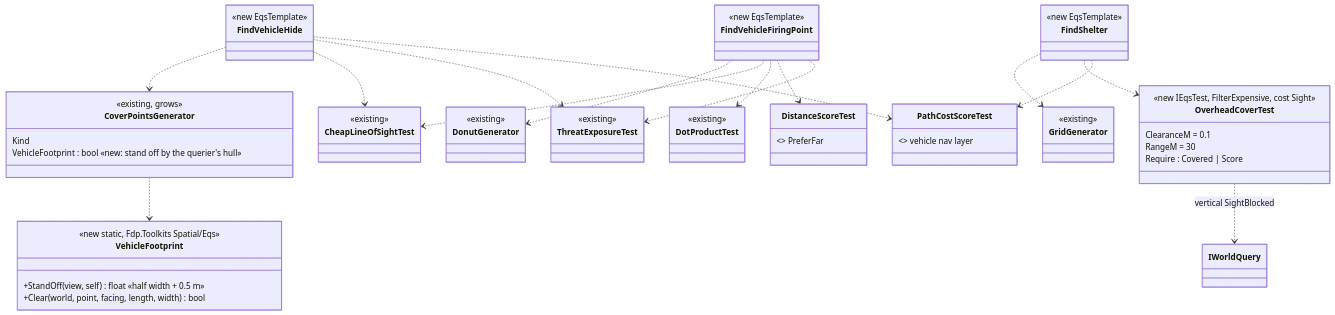
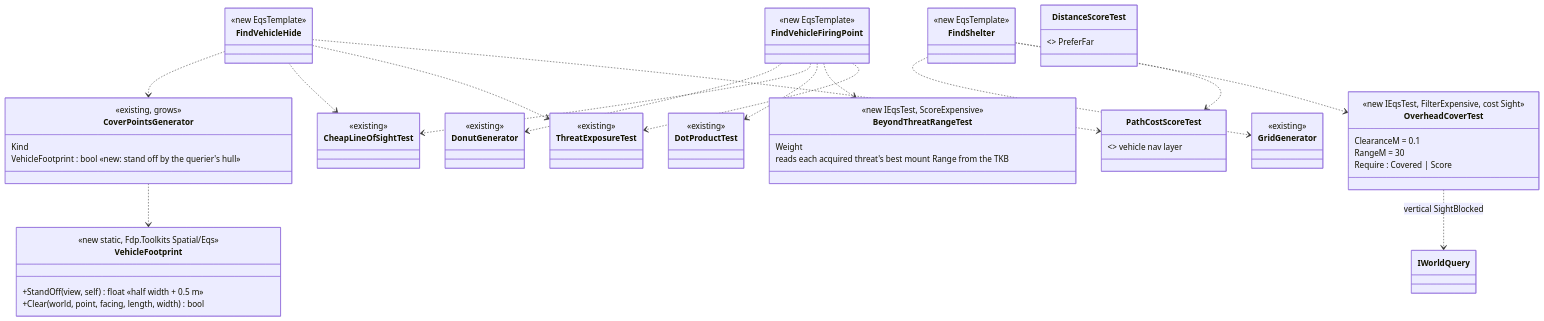
Before and after one commit to pjanec/HROT: the second of 7 diagrams in docs/designs/vehicle-tactics/DESIGN_Vehicle_Exposure_Cycle.md, drawn with Mermaid. The commit also changed other lines of this file and 9 other files, not shown here.

````diff
--- a/docs/designs/vehicle-tactics/DESIGN_Vehicle_Exposure_Cycle.md
+++ b/docs/designs/vehicle-tactics/DESIGN_Vehicle_Exposure_Cycle.md
@@ -88,43 +89,48 @@
 ```mermaid
 classDiagram
   class CoverPointsGenerator {
     <<existing, grows>>
     Kind
     VehicleFootprint : bool  «new: stand off by the querier's hull»
   }
   class VehicleFootprint {
     <<new static, Fdp.Toolkits Spatial/Eqs>>
     +StandOff(view, self) float  «half width + 0.5 m»
     +Clear(world, point, facing, length, width) bool
+  }
+  class BeyondThreatRangeTest {
+    <<new IEqsTest, ScoreExpensive>>
+    Weight
+    reads each acquired threat's best mount Range from the TKB
   }
   class OverheadCoverTest {
     <<new IEqsTest, FilterExpensive, cost Sight>>
     ClearanceM = 0.1
     RangeM = 30
     Require : Covered | Score
   }
   class FindVehicleHide { <<new EqsTemplate>> }
   class FindVehicleFiringPoint { <<new EqsTemplate>> }
   class FindShelter { <<new EqsTemplate>> }
   class ThreatExposureTest { <<existing>> }
   class CheapLineOfSightTest { <<existing>> }
   class DistanceScoreTest { <<existing>> PreferFar }
   class DotProductTest { <<existing>> }
   class PathCostScoreTest { <<existing>> vehicle nav layer }
   class GridGenerator { <<existing>> }
   class DonutGenerator { <<existing>> }
   CoverPointsGenerator ..> VehicleFootprint
   FindVehicleHide ..> CoverPointsGenerator
   FindVehicleHide ..> CheapLineOfSightTest
   FindVehicleHide ..> ThreatExposureTest
   FindVehicleHide ..> PathCostScoreTest
   FindVehicleFiringPoint ..> DonutGenerator
   FindVehicleFiringPoint ..> CheapLineOfSightTest
   FindVehicleFiringPoint ..> DotProductTest
-  FindVehicleFiringPoint ..> DistanceScoreTest
+  FindVehicleFiringPoint ..> BeyondThreatRangeTest
   FindVehicleFiringPoint ..> ThreatExposureTest
   FindShelter ..> GridGenerator
   FindShelter ..> OverheadCoverTest
   FindShelter ..> PathCostScoreTest
   OverheadCoverTest ..> IWorldQuery : vertical SightBlocked
 ```
````
